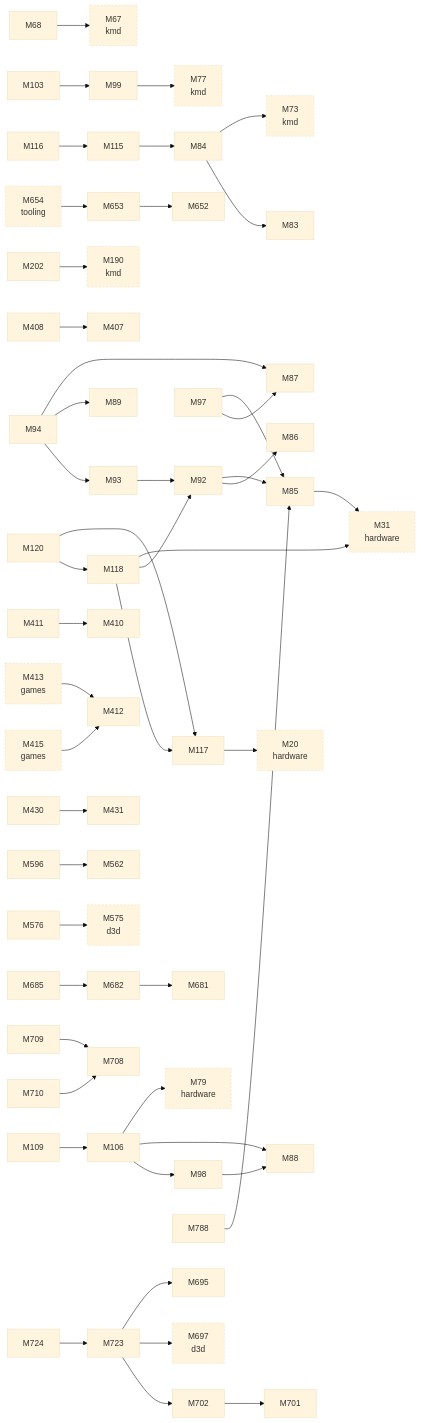
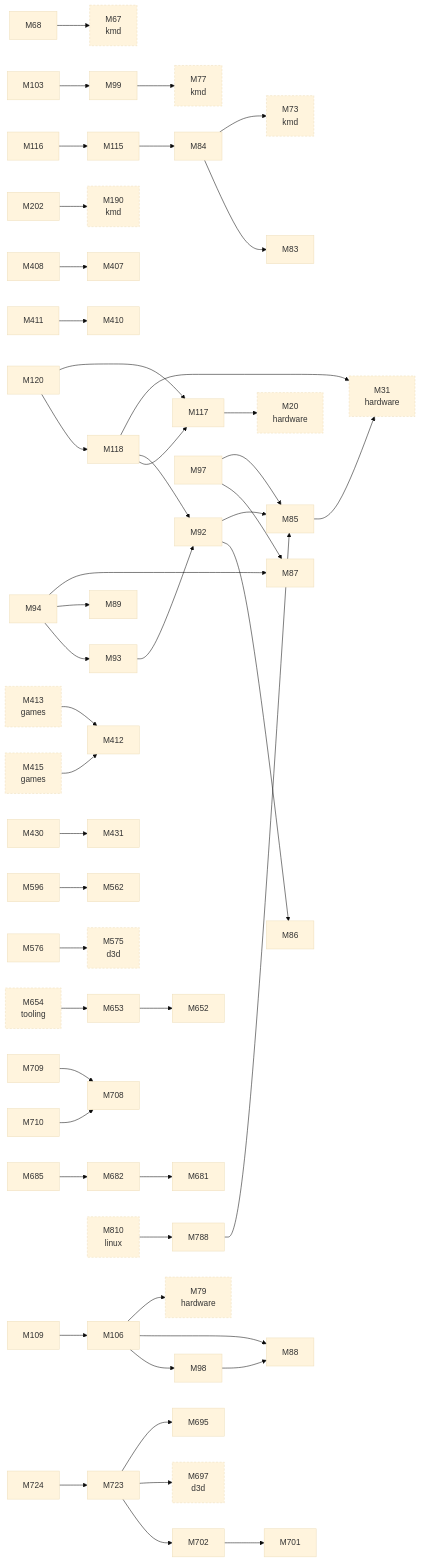
The second of 3 diagrams in docs/facts/graphs/display.md (D-Ogi/amdgpu-wddm), drawn with Mermaid (base theme) before and after one commit. The commit also changed other lines of this file and 161 other files, not shown here.

````diff
--- a/docs/facts/graphs/display.md
+++ b/docs/facts/graphs/display.md
@@ -92,6 +95,7 @@
   M723["M723"]
   M724["M724"]
   M788["M788"]
+  M810["M810<br/>linux"]
   M68 --> M67
   M84 --> M73
   M84 --> M83
@@ -138,7 +142,8 @@
   M788 --> M85
   M413 --> M412
   M415 --> M412
+  M810 --> M788
   M654 --> M653
   classDef other stroke-dasharray:4 3
-  class M20,M31,M67,M73,M77,M79,M190,M413,M415,M575,M654,M697 other
+  class M20,M31,M67,M73,M77,M79,M190,M413,M415,M575,M654,M697,M810 other
 ```
````
